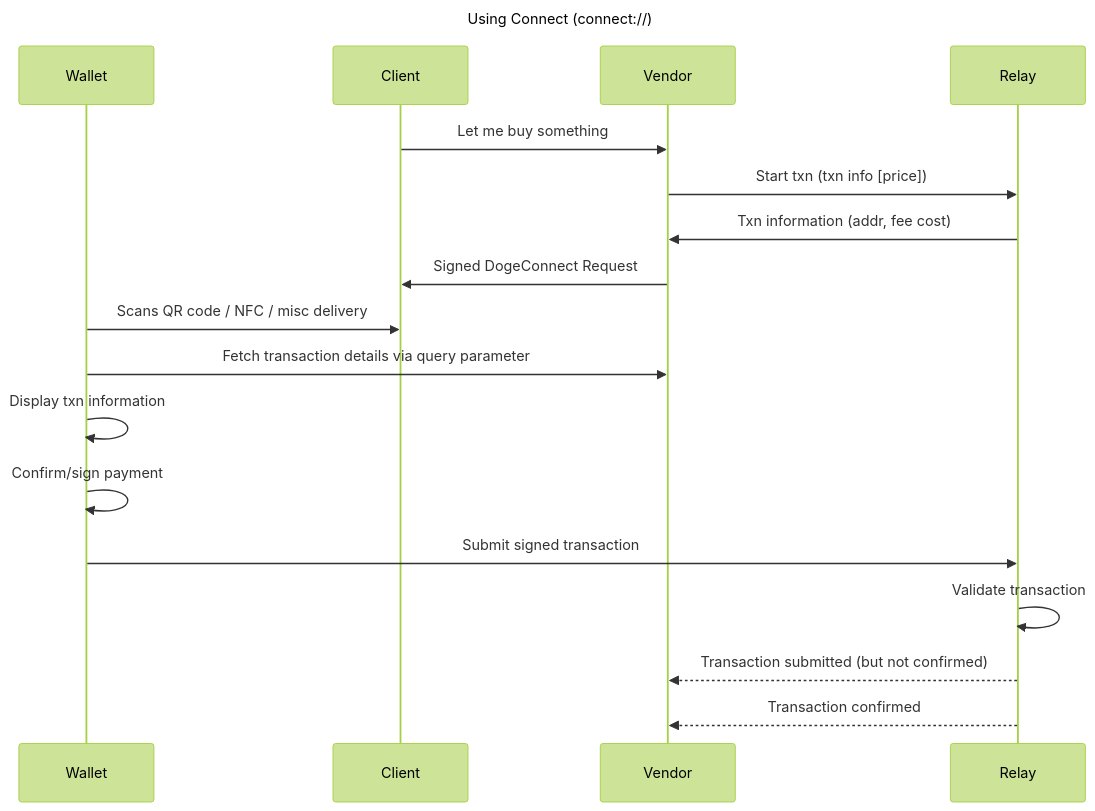
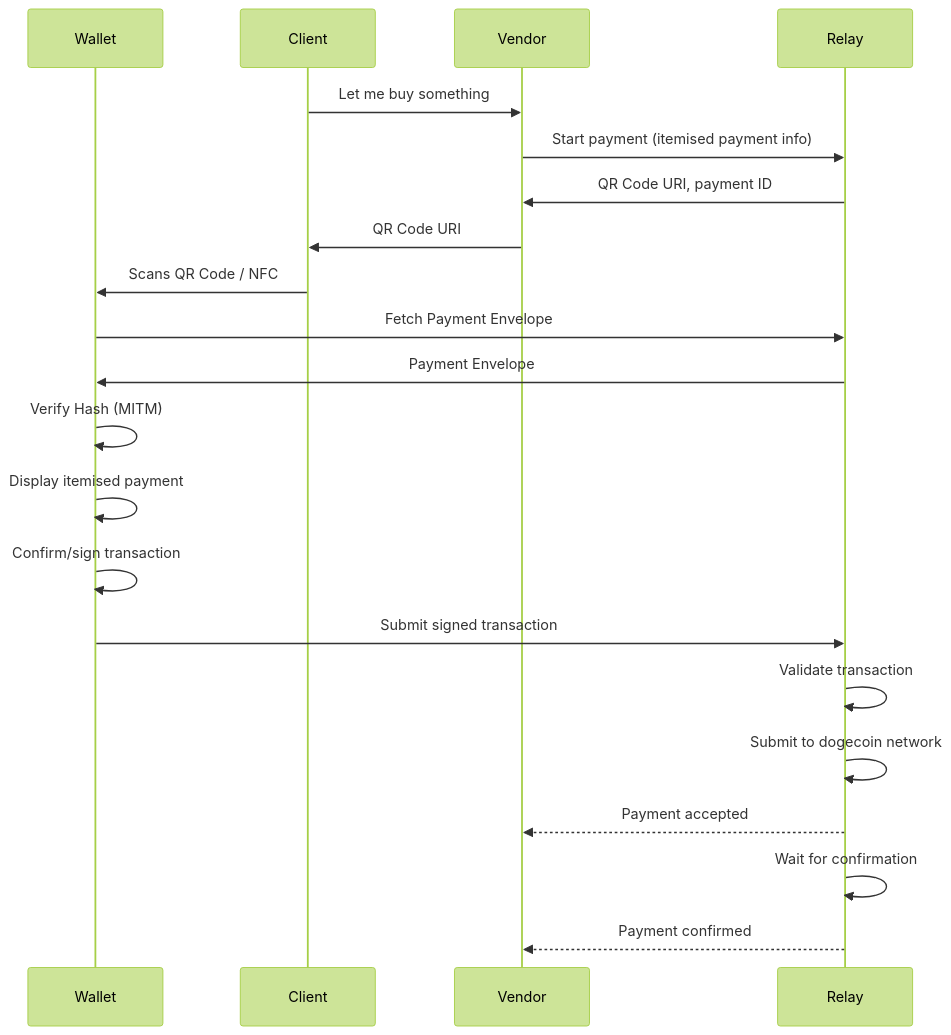
One commit to dogeorg/connect changed the diagram in src/getting_started/introduction.md. Above: the diagram before and after it, drawn with Mermaid (forest theme). The commit also changed other lines of this file and 5 other files, not shown here.

````diff
--- a/src/getting_started/introduction.md
+++ b/src/getting_started/introduction.md
@@ -20,21 +21,24 @@
 ```mermaid
 sequenceDiagram
-   title Using Connect (connect://)
    participant w as Wallet
    participant c as Client
    participant v as Vendor
    participant r as Relay
 
    c ->> v: Let me buy something
-   v ->> r: Start txn (txn info [price])
-   r ->> v: Txn information (addr, fee cost)
-   v ->> c: Signed DogeConnect Request
-   w ->> c: Scans QR code / NFC / misc delivery
-   w ->> v: Fetch transaction details via query parameter
-   w ->> w: Display txn information
-   w ->> w: Confirm/sign payment
+   v ->> r: Start payment (itemised payment info)
+   r ->> v: QR Code URI, payment ID
+   v ->> c: QR Code URI
+   c ->> w: Scans QR Code / NFC
+   w ->> r: Fetch Payment Envelope
+   r ->> w: Payment Envelope
+   w ->> w: Verify Hash (MITM)
+   w ->> w: Display itemised payment
+   w ->> w: Confirm/sign transaction
    w ->> r: Submit signed transaction
    r ->> r: Validate transaction
-   r -->> v: Transaction submitted (but not confirmed)
-   r -->> v: Transaction confirmed
+   r ->> r: Submit to dogecoin network
+   r -->> v: Payment accepted
+   r ->> r: Wait for confirmation
+   r -->> v: Payment confirmed
 ```
````
